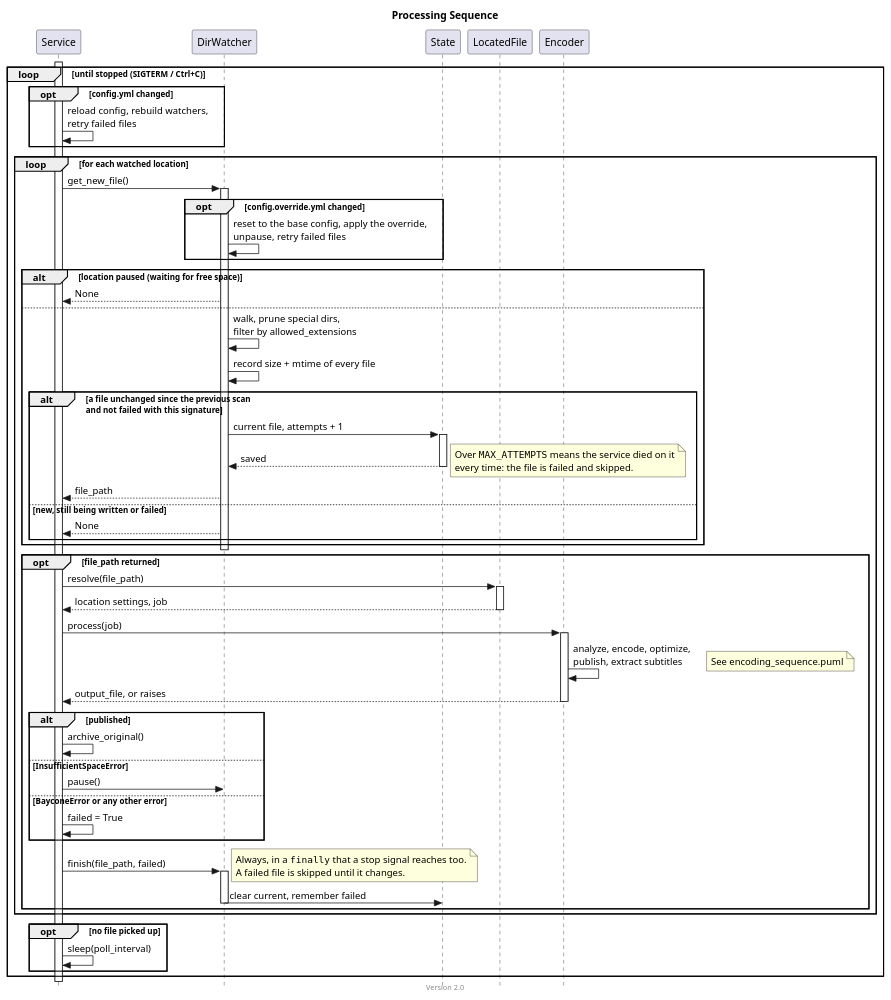
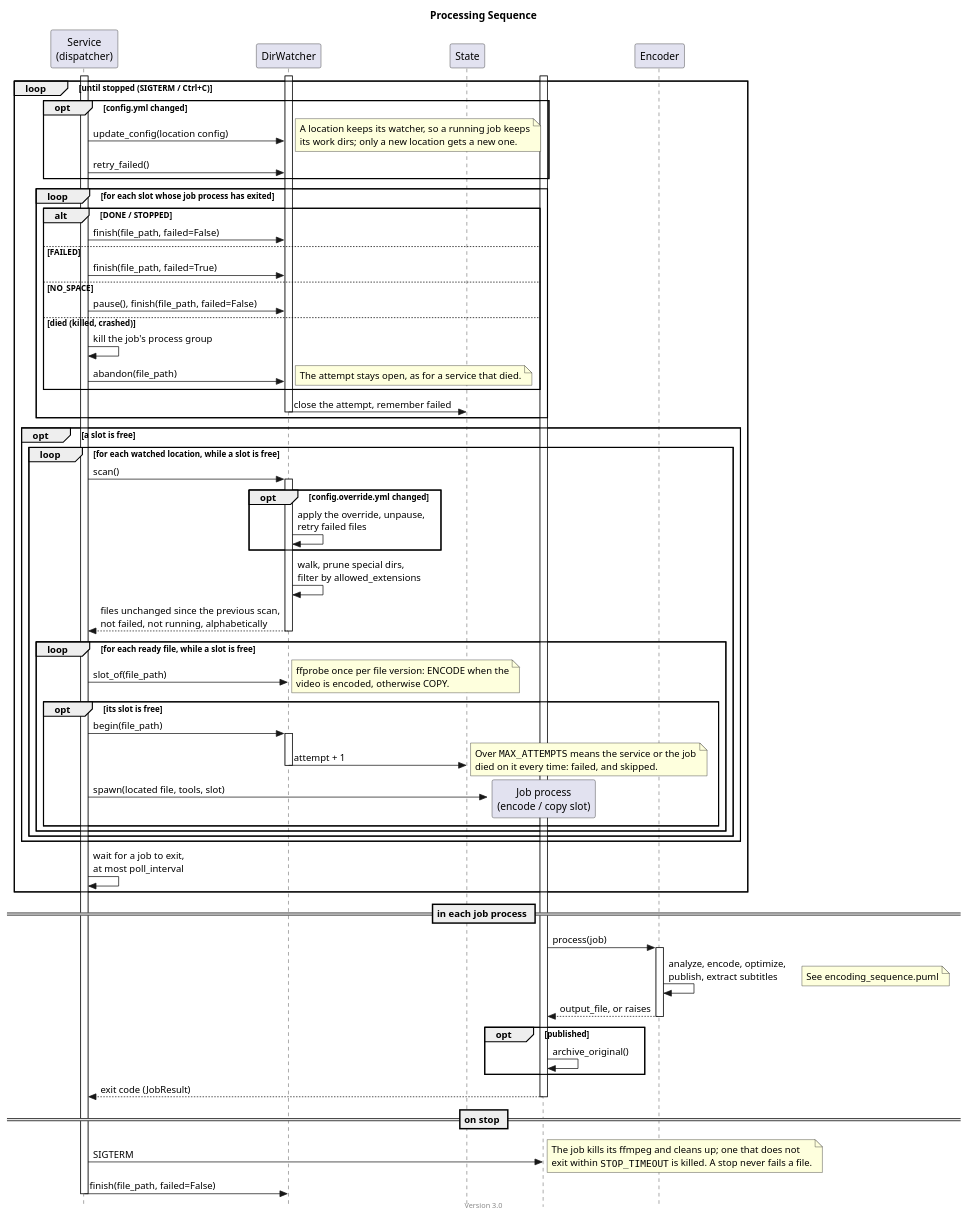
One commit to theobaldik/baycone changed the diagram in docs/processing_sequence.puml. Above: the diagram before and after it, drawn with PlantUML. The commit also changed 20 other files, not shown here.

Commit message:
feat(service): remux and optimize files while another one encodes

```diff
--- a/docs/processing_sequence.puml
+++ b/docs/processing_sequence.puml
@@ -1,90 +1,104 @@
 @startuml processing_sequence
 
 title Processing Sequence
-footer Version 2.0
+footer Version 3.0
 
 skinparam style strictuml
 
-participant "Service" as service
+participant "Service\n(dispatcher)" as service
 participant "DirWatcher" as watcher
 participant "State" as state
-participant "LocatedFile" as located
+participant "Job process\n(encode / copy slot)" as job
 participant "Encoder" as encoder
 
 activate service
 
 loop until stopped (SIGTERM / Ctrl+C)
     opt config.yml changed
-        service -> service : reload config, rebuild watchers,\nretry failed files
+        service -> watcher : update_config(location config)
+        note right
+            A location keeps its watcher, so a running job keeps
+            its work dirs; only a new location gets a new one.
+        end note
+        service -> watcher : retry_failed()
     end
 
-    loop for each watched location
-        service -> watcher : get_new_file()
+    loop for each slot whose job process has exited
+        alt DONE / STOPPED
+            service -> watcher : finish(file_path, failed=False)
+        else FAILED
+            service -> watcher : finish(file_path, failed=True)
+        else NO_SPACE
+            service -> watcher : pause(), finish(file_path, failed=False)
+        else died (killed, crashed)
+            service -> service : kill the job's process group
+            service -> watcher : abandon(file_path)
+            note right: The attempt stays open, as for a service that died.
+        end
         activate watcher
+        watcher -> state : close the attempt, remember failed
+        deactivate watcher
+    end
 
-        opt config.override.yml changed
-            watcher -> watcher : reset to the base config, apply the override,\nunpause, retry failed files
-        end
+    opt a slot is free
+        loop for each watched location, while a slot is free
+            service -> watcher : scan()
+            activate watcher
+            opt config.override.yml changed
+                watcher -> watcher : apply the override, unpause,\nretry failed files
+            end
+            watcher -> watcher : walk, prune special dirs,\nfilter by allowed_extensions
+            watcher --> service : files unchanged since the previous scan,\nnot failed, not running, alphabetically
+            deactivate watcher
 
-        alt location paused (waiting for free space)
-            watcher --> service : None
-        else
-            watcher -> watcher : walk, prune special dirs,\nfilter by allowed_extensions
-            watcher -> watcher : record size + mtime of every file
-
-            alt a file unchanged since the previous scan\nand not failed with this signature
-                watcher -> state : current file, attempts + 1
-                activate state
-                state --> watcher : saved
-                deactivate state
+            loop for each ready file, while a slot is free
+                service -> watcher : slot_of(file_path)
                 note right
-                    Over ""MAX_ATTEMPTS"" means the service died on it
-                    every time: the file is failed and skipped.
+                    ffprobe once per file version: ENCODE when the
+                    video is encoded, otherwise COPY.
                 end note
-                watcher --> service : file_path
-            else new, still being written or failed
-                watcher --> service : None
+                opt its slot is free
+                    service -> watcher : begin(file_path)
+                    activate watcher
+                    watcher -> state : attempt + 1
+                    note right
+                        Over ""MAX_ATTEMPTS"" means the service or the job
+                        died on it every time: failed, and skipped.
+                    end note
+                    deactivate watcher
+                    service -> job ** : spawn(located file, tools, slot)
+                end
             end
-        end
-        deactivate watcher
-
-        opt file_path returned
-            service -> located : resolve(file_path)
-            activate located
-            located --> service : location settings, job
-            deactivate located
-
-            service -> encoder : process(job)
-            activate encoder
-            encoder -> encoder : analyze, encode, optimize,\npublish, extract subtitles
-            note right: See encoding_sequence.puml
-            encoder --> service : output_file, or raises
-            deactivate encoder
-
-            alt published
-                service -> service : archive_original()
-            else InsufficientSpaceError
-                service -> watcher : pause()
-            else BayconeError or any other error
-                service -> service : failed = True
-            end
-
-            service -> watcher : finish(file_path, failed)
-            note right
-                Always, in a ""finally"" that a stop signal reaches too.
-                A failed file is skipped until it changes.
-            end note
-            activate watcher
-            watcher -> state : clear current, remember failed
-            deactivate watcher
         end
     end
 
-    opt no file picked up
-        service -> service : sleep(poll_interval)
-    end
+    service -> service : wait for a job to exit,\nat most poll_interval
 end
+
+== in each job process ==
+
+activate job
+job -> encoder : process(job)
+activate encoder
+encoder -> encoder : analyze, encode, optimize,\npublish, extract subtitles
+note right: See encoding_sequence.puml
+encoder --> job : output_file, or raises
+deactivate encoder
+opt published
+    job -> job : archive_original()
+end
+job --> service : exit code (JobResult)
+deactivate job
+
+== on stop ==
+
+service -> job : SIGTERM
+note right
+    The job kills its ffmpeg and cleans up; one that does not
+    exit within ""STOP_TIMEOUT"" is killed. A stop never fails a file.
+end note
+service -> watcher : finish(file_path, failed=False)
 
 deactivate service
 
 @enduml
```
